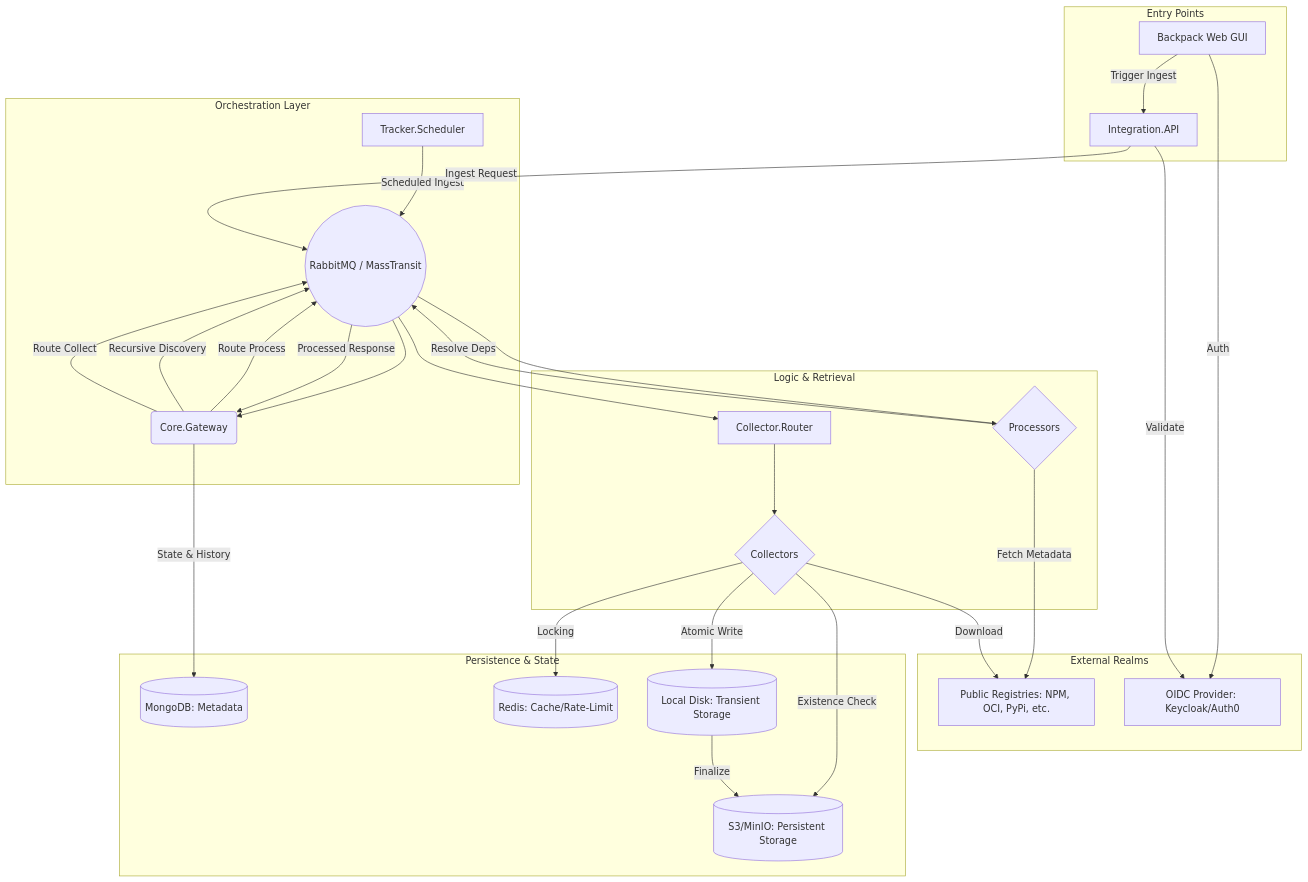
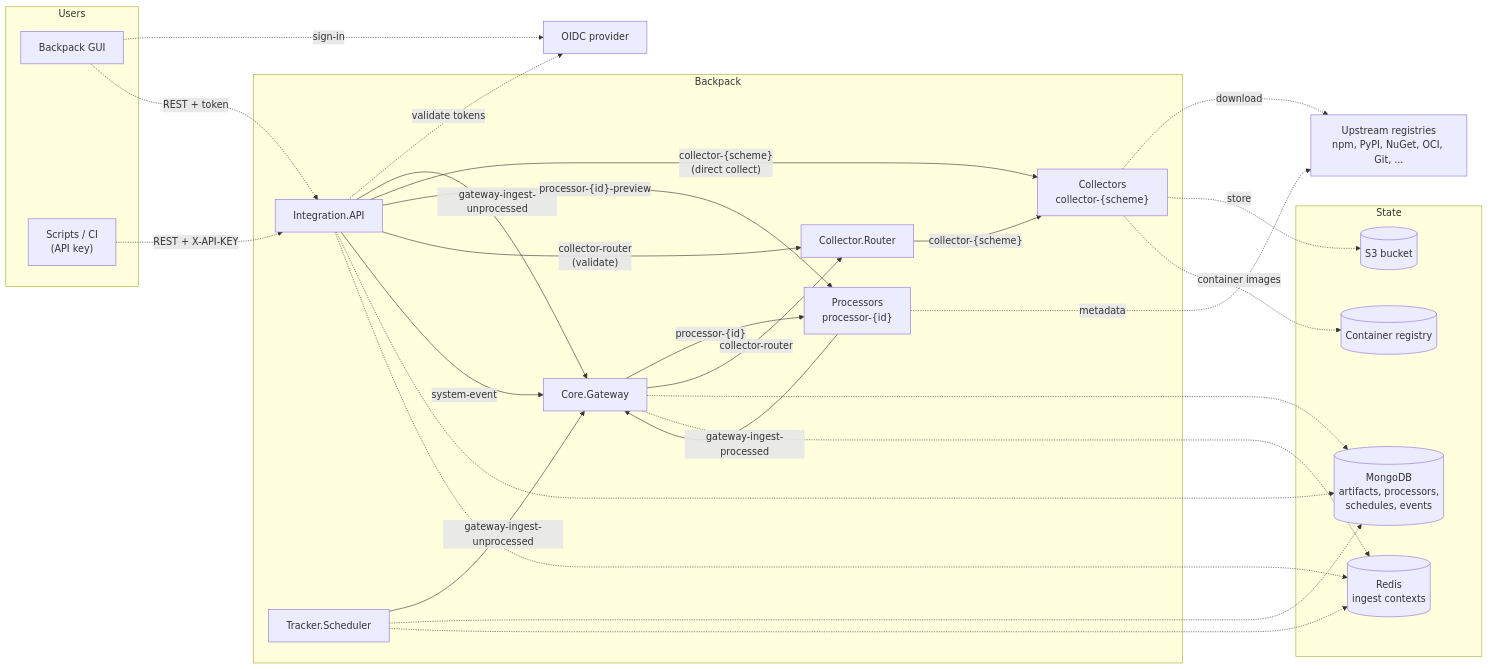
The first of 2 diagrams in docs/ArchitectureDiagrams.md (linus-berg/backpack), drawn with Mermaid before and after one commit. The commit also changed other lines of this file and 51 other files, not shown here.

````diff
--- a/docs/ArchitectureDiagrams.md
+++ b/docs/ArchitectureDiagrams.md
@@ -6,60 +8,54 @@
 ```mermaid
-graph TB
-    subgraph "External Realms"
-        REG[Public Registries: NPM, OCI, PyPi, etc.]
-        OIDC[OIDC Provider: Keycloak/Auth0]
+flowchart LR
+    subgraph Users
+        GUI[Backpack GUI]
+        CLI["Scripts / CI<br/>(API key)"]
+    end
+    OIDC[OIDC provider]
+
+    subgraph Backpack
+        API[Integration.API]
+        SCHED[Tracker.Scheduler]
+        GW[Core.Gateway]
+        PROC["Processors<br/>processor-{id}"]
+        ROUTER[Collector.Router]
+        COLL["Collectors<br/>collector-{scheme}"]
     end
 
-    subgraph "Entry Points"
-        GUI[Backpack Web GUI]
-        API[Integration.API]
+    subgraph State
+        MONGO[("MongoDB<br/>artifacts, processors,<br/>schedules, events")]
+        REDIS[("Redis<br/>ingest contexts")]
+        S3[(S3 bucket)]
+        REG[(Container registry)]
     end
 
-    subgraph "Orchestration Layer"
-        GW(Core.Gateway)
-        SCHED[Tracker.Scheduler]
-        BUS((RabbitMQ / MassTransit))
-    end
+    UP["Upstream registries<br/>npm, PyPI, NuGet, OCI, Git, ..."]
 
-    subgraph "Logic & Retrieval"
-        PROC{Processors}
-        ROUTER[Collector.Router]
-        COLL{Collectors}
-    end
+    GUI -.->|sign-in| OIDC
+    GUI -.->|"REST + token"| API
+    CLI -.->|"REST + X-API-KEY"| API
+    API -.->|validate tokens| OIDC
 
-    subgraph "Persistence & State"
-        MONGO[(MongoDB: Metadata)]
-        REDIS[(Redis: Cache/Rate-Limit)]
-        S3[(S3/MinIO: Persistent Storage)]
-        DISK[(Local Disk: Transient Storage)]
-    end
+    API -->|gateway-ingest-unprocessed| GW
+    SCHED -->|gateway-ingest-unprocessed| GW
+    GW -->|"processor-{id}"| PROC
+    PROC -->|gateway-ingest-processed| GW
+    GW -->|collector-router| ROUTER
+    ROUTER -->|"collector-{scheme}"| COLL
+    API -->|"collector-{scheme}<br/>(direct collect)"| COLL
+    API -->|"processor-{id}-preview"| PROC
+    API -->|"collector-router<br/>(validate)"| ROUTER
+    API -->|system-event| GW
 
-    %% Interaction Flow
-    GUI -- "Auth" --> OIDC
-    API -- "Validate" --> OIDC
-    GUI -- "Trigger Ingest" --> API
-    SCHED -- "Scheduled Ingest" --> BUS
-    API -- "Ingest Request" --> BUS
-    BUS --> GW
-    
-    GW -- "State & History" --> MONGO
-    GW -- "Route Process" --> BUS
-    BUS --> PROC
-    
-    PROC -- "Fetch Metadata" --> REG
-    PROC -- "Resolve Deps" --> BUS
-    BUS -- "Processed Response" --> GW
-    
-    GW -- "Recursive Discovery" --> BUS
-    
-    GW -- "Route Collect" --> BUS
-    BUS --> ROUTER
-    ROUTER --> COLL
-    
-    COLL -- "Existence Check" --> S3
-    COLL -- "Download" --> REG
-    COLL -- "Atomic Write" --> DISK
-    DISK -- "Finalize" --> S3
-    
-    COLL -- "Locking" --> REDIS
+    API -.-> MONGO
+    GW -.-> MONGO
+    SCHED -.-> MONGO
+    API -.-> REDIS
+    GW -.-> REDIS
+    SCHED -.-> REDIS
+
+    PROC -.->|metadata| UP
+    COLL -.->|download| UP
+    COLL -.->|store| S3
+    COLL -.->|container images| REG
 ```
````
